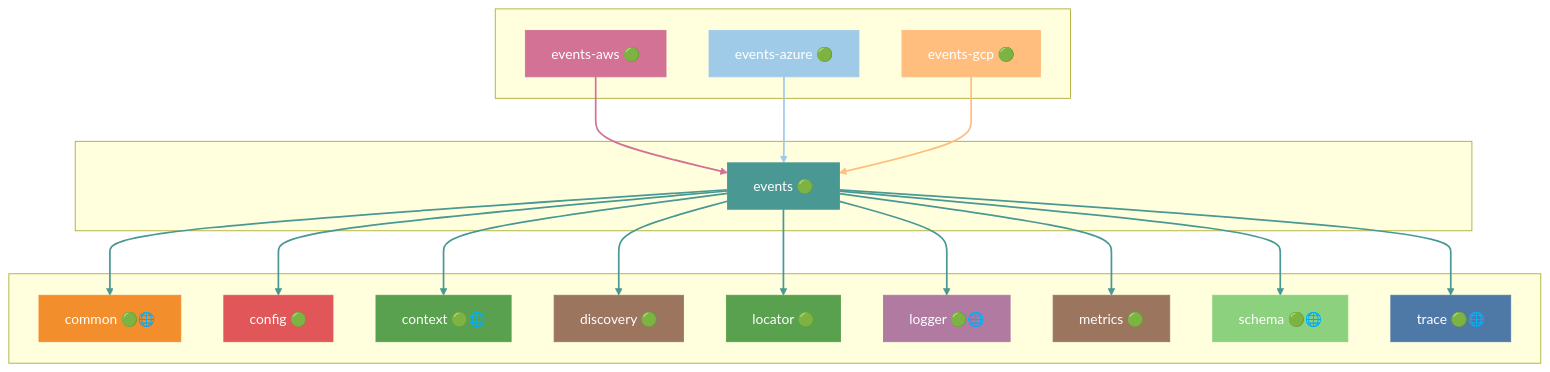
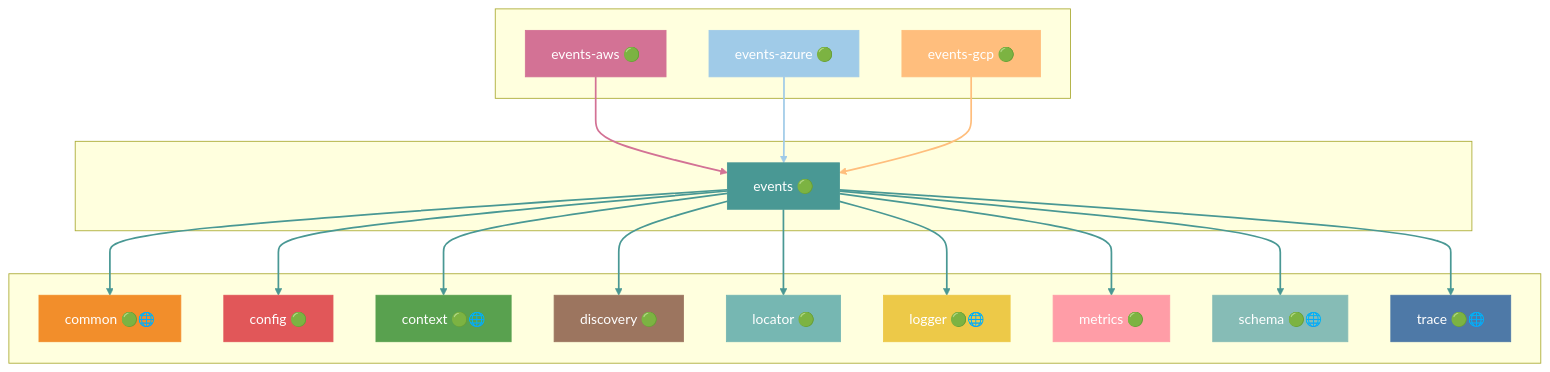
One commit to grest-ts/grest-ts changed diagram 15 of 40 in docs/DEPENDENCIES.md. Above: the diagram before and after it, drawn with Mermaid. The commit also changed other lines of this file and 34 other files, not shown here.

````diff
--- a/docs/DEPENDENCIES.md
+++ b/docs/DEPENDENCIES.md
@@ -793,59 +791,59 @@
 ```mermaid
 flowchart TB
     subgraph Dependents[" "]
         events-aws["events-aws 🟢"]
         events-azure["events-azure 🟢"]
         events-gcp["events-gcp 🟢"]
     end
     subgraph Package[" "]
         events["events 🟢"]
     end
     subgraph Dependencies[" "]
         common["common 🟢🌐"]
         config["config 🟢"]
         context["context 🟢🌐"]
         discovery["discovery 🟢"]
         locator["locator 🟢"]
         logger["logger 🟢🌐"]
         metrics["metrics 🟢"]
         schema["schema 🟢🌐"]
         trace["trace 🟢🌐"]
     end
     events-aws --> events
     events-azure --> events
     events-gcp --> events
     events --> common
     events --> config
     events --> context
     events --> discovery
     events --> locator
     events --> logger
     events --> metrics
     events --> schema
     events --> trace
     style events fill:#499894,stroke:#499894,color:#fff
     style events-aws fill:#D37295,stroke:#D37295,color:#fff
     style events-azure fill:#A0CBE8,stroke:#A0CBE8,color:#fff
     style events-gcp fill:#FFBE7D,stroke:#FFBE7D,color:#fff
     style common fill:#F28E2B,stroke:#F28E2B,color:#fff
     style config fill:#E15759,stroke:#E15759,color:#fff
     style context fill:#59A14F,stroke:#59A14F,color:#fff
     style discovery fill:#9C755F,stroke:#9C755F,color:#fff
-    style locator fill:#59A14F,stroke:#59A14F,color:#fff
-    style logger fill:#B07AA1,stroke:#B07AA1,color:#fff
-    style metrics fill:#9C755F,stroke:#9C755F,color:#fff
-    style schema fill:#8CD17D,stroke:#8CD17D,color:#fff
+    style locator fill:#76B7B2,stroke:#76B7B2,color:#fff
+    style logger fill:#EDC948,stroke:#EDC948,color:#fff
+    style metrics fill:#FF9DA7,stroke:#FF9DA7,color:#fff
+    style schema fill:#86BCB6,stroke:#86BCB6,color:#fff
     style trace fill:#4E79A7,stroke:#4E79A7,color:#fff
     linkStyle 0 stroke:#D37295,stroke-width:2px
     linkStyle 1 stroke:#A0CBE8,stroke-width:2px
     linkStyle 2 stroke:#FFBE7D,stroke-width:2px
     linkStyle 3 stroke:#499894,stroke-width:2px
     linkStyle 4 stroke:#499894,stroke-width:2px
     linkStyle 5 stroke:#499894,stroke-width:2px
     linkStyle 6 stroke:#499894,stroke-width:2px
     linkStyle 7 stroke:#499894,stroke-width:2px
     linkStyle 8 stroke:#499894,stroke-width:2px
     linkStyle 9 stroke:#499894,stroke-width:2px
     linkStyle 10 stroke:#499894,stroke-width:2px
     linkStyle 11 stroke:#499894,stroke-width:2px
 ```
````
